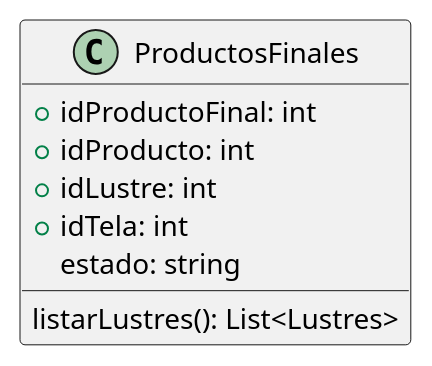
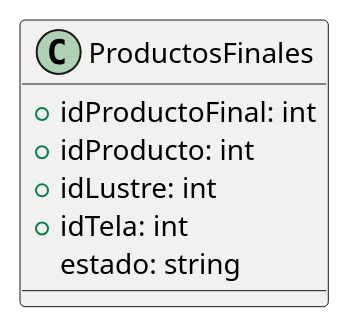
The diagram in DiagramaClases/Clases/ProductosFinales.puml (ZMGestion/DocumentacionZMGestion), drawn with PlantUML before and after one commit. The commit also changed 9 other files, not shown here.

```diff
--- a/DiagramaClases/Clases/ProductosFinales.puml
+++ b/DiagramaClases/Clases/ProductosFinales.puml
@@ -1,11 +1,11 @@
 @startuml ProductosFinales
 class ProductosFinales{
     +idProductoFinal: int   
     +idProducto: int
     +idLustre: int
     +idTela: int
     estado: string
 
-    listarLustres(): List<Lustres>
+    
 }
 @enduml
```
